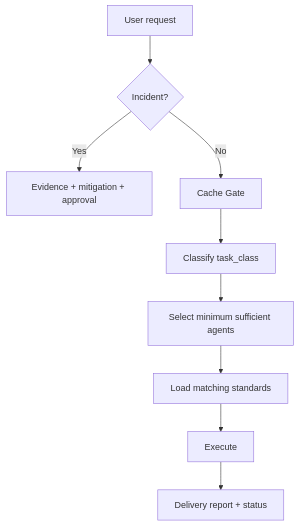
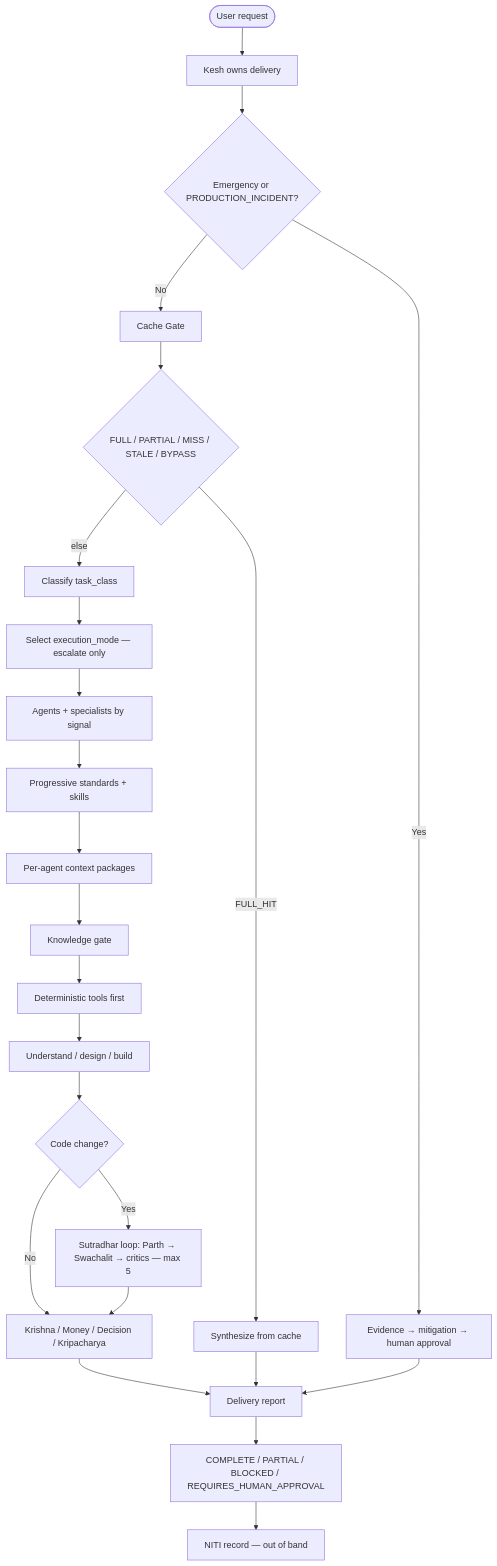
Before and after one commit to udayjadhav/kesh-cursor-mahabharat-agents: the diagram in README.md, drawn with Mermaid. The commit also changed other lines of this file, not shown here.

Commit message:
Replace the README adaptive-flow diagram with the 2.6 lifecycle.
The old nine-box summary was still what GitHub rendered as the workflow.

````diff
--- a/README.md
+++ b/README.md
@@ -70,11 +72,28 @@
 ```mermaid
-flowchart TB
-  U[User request] --> EM{Incident?}
-  EM -->|Yes| INC[Evidence + mitigation + approval]
-  EM -->|No| CG[Cache Gate]
-  CG --> CL[Classify task_class]
-  CL --> SEL[Select minimum sufficient agents]
-  SEL --> STD[Load matching standards]
-  STD --> EX[Execute]
-  EX --> REP[Delivery report + status]
+flowchart TD
+  U([User request]) --> K[Kesh owns delivery]
+  K --> E{Emergency or PRODUCTION_INCIDENT?}
+  E -->|Yes| INC[Evidence → mitigation → human approval]
+  E -->|No| CG[Cache Gate]
+
+  CG --> CH{FULL / PARTIAL / MISS / STALE / BYPASS}
+  CH -->|FULL_HIT| SYN[Synthesize from cache]
+  CH -->|else| CL[Classify task_class]
+
+  CL --> MD[Select execution_mode — escalate only]
+  MD --> AG[Agents + specialists by signal]
+  AG --> SK[Progressive standards + skills]
+  SK --> CP[Per-agent context packages]
+  CP --> KG[Knowledge gate]
+  KG --> DT[Deterministic tools first]
+  DT --> EX[Understand / design / build]
+  EX --> SUT{Code change?}
+  SUT -->|Yes| LOOP[Sutradhar loop: Parth → Swachalit → critics — max 5]
+  SUT -->|No| GATES
+  LOOP --> GATES[Krishna / Money / Decision / Kripacharya]
+  GATES --> REP[Delivery report]
+  SYN --> REP
+  INC --> REP
+  REP --> ST[COMPLETE / PARTIAL / BLOCKED / REQUIRES_HUMAN_APPROVAL]
+  ST --> TEL[NITI record — out of band]
 ```
````
